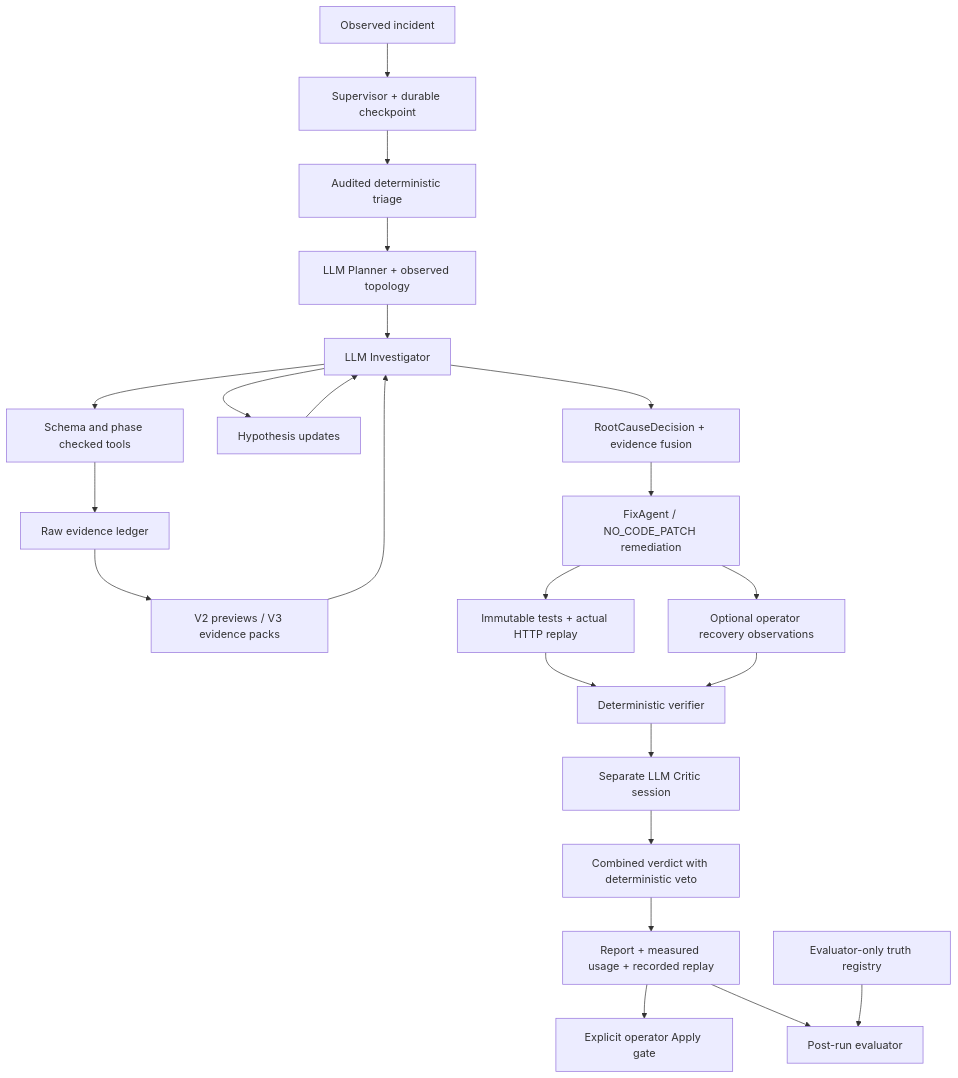
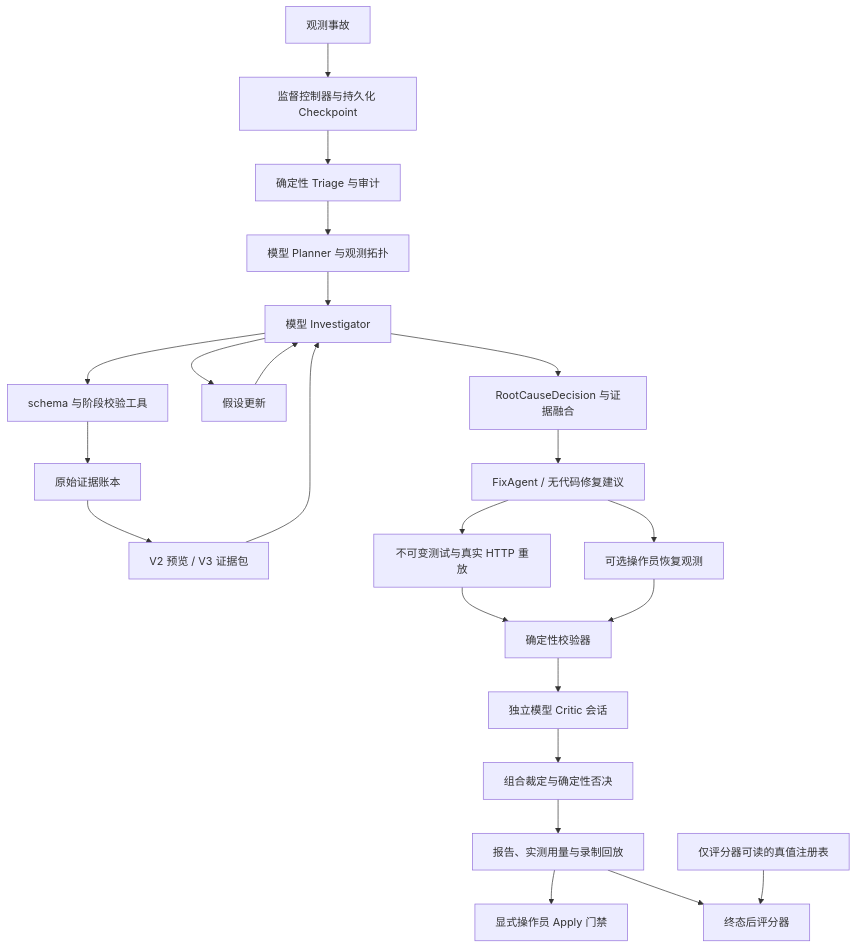
The diagram in docs/agent-design.md (tangwencan666/Project-Sentinel), drawn with Mermaid before and after one commit. The commit also changed other lines of this file and 68 other files, not shown here.

````diff
--- a/docs/agent-design.md
+++ b/docs/agent-design.md
@@ -7,25 +7,25 @@
 ```mermaid
 flowchart TD
-  I[Observed incident] --> S[Supervisor + durable checkpoint]
-  S --> T[Audited deterministic triage]
-  T --> P[LLM Planner + observed topology]
-  P --> A[LLM Investigator]
-  A --> C[Schema and phase checked tools]
-  C --> E[Raw evidence ledger]
-  E --> X[V2 previews / V3 evidence packs]
+  I["观测事故"] --> S["监督控制器与持久化 Checkpoint"]
+  S --> T["确定性 Triage 与审计"]
+  T --> P["模型 Planner 与观测拓扑"]
+  P --> A["模型 Investigator"]
+  A --> C["schema 与阶段校验工具"]
+  C --> E["原始证据账本"]
+  E --> X["V2 预览 / V3 证据包"]
   X --> A
-  A --> H[Hypothesis updates]
+  A --> H["假设更新"]
   H --> A
-  A --> R[RootCauseDecision + evidence fusion]
-  R --> F[FixAgent / NO_CODE_PATCH remediation]
-  F --> B[Immutable tests + actual HTTP replay]
-  F --> O[Optional operator recovery observations]
-  B --> D[Deterministic verifier]
+  A --> R["RootCauseDecision 与证据融合"]
+  R --> F["FixAgent / 无代码修复建议"]
+  F --> B["不可变测试与真实 HTTP 重放"]
+  F --> O["可选操作员恢复观测"]
+  B --> D["确定性校验器"]
   O --> D
-  D --> L[Separate LLM Critic session]
-  L --> V[Combined verdict with deterministic veto]
-  V --> Q[Report + measured usage + recorded replay]
-  Q --> U[Explicit operator Apply gate]
-  Q --> J[Post-run evaluator]
-  G[Evaluator-only truth registry] --> J
+  D --> L["独立模型 Critic 会话"]
+  L --> V["组合裁定与确定性否决"]
+  V --> Q["报告、实测用量与录制回放"]
+  Q --> U["显式操作员 Apply 门禁"]
+  Q --> J["终态后评分器"]
+  G["仅评分器可读的真值注册表"] --> J
 ```
````
